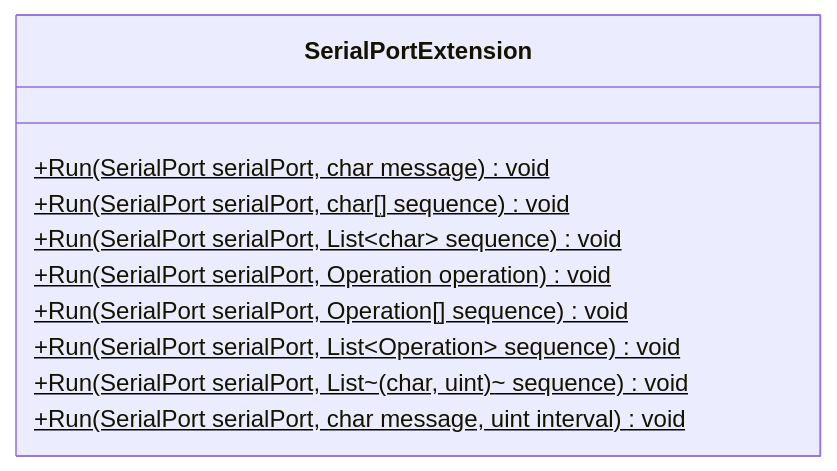
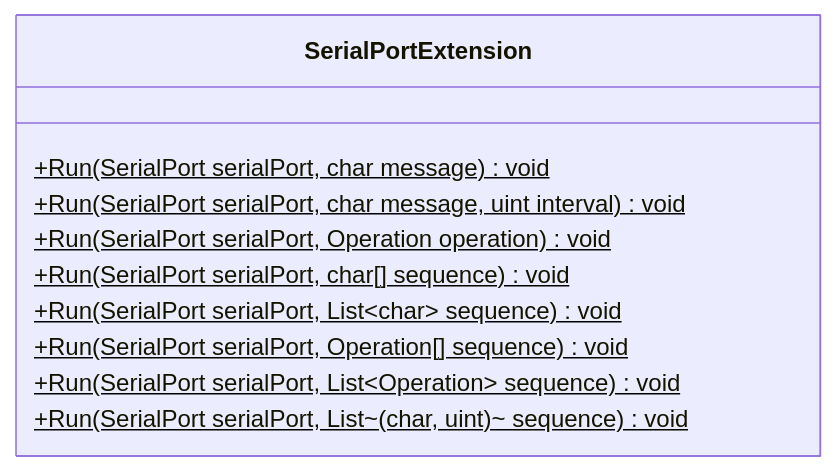
Before and after one commit to u1f992/Sunameri: the first of 4 diagrams in README.md, drawn with Mermaid. The commit also changed other lines of this file and 2 other files, not shown here.

````diff
--- a/README.md
+++ b/README.md
@@ -54,13 +54,13 @@
 ```mermaid
 classDiagram
 class SerialPortExtension {
     +Run(SerialPort serialPort, char message)$ void
+    +Run(SerialPort serialPort, char message, uint interval)$ void
+    +Run(SerialPort serialPort, Operation operation)$ void
     +Run(SerialPort serialPort, char[] sequence)$ void
     +Run(SerialPort serialPort, List~char~ sequence)$ void
-    +Run(SerialPort serialPort, Operation operation)$ void
     +Run(SerialPort serialPort, Operation[] sequence)$ void
     +Run(SerialPort serialPort, List~Operation~ sequence)$ void
     +Run(SerialPort serialPort, List~(char, uint)~ sequence)$ void
-    +Run(SerialPort serialPort, char message, uint interval)$ void
 }
 ```
````
